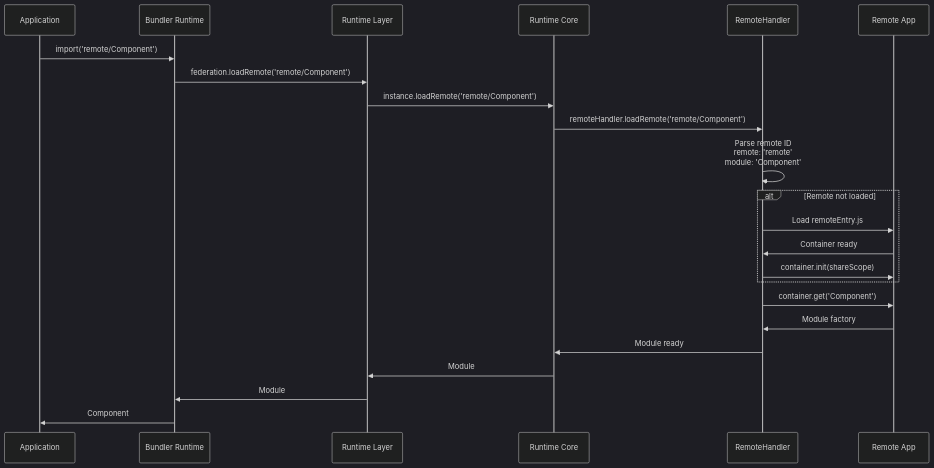
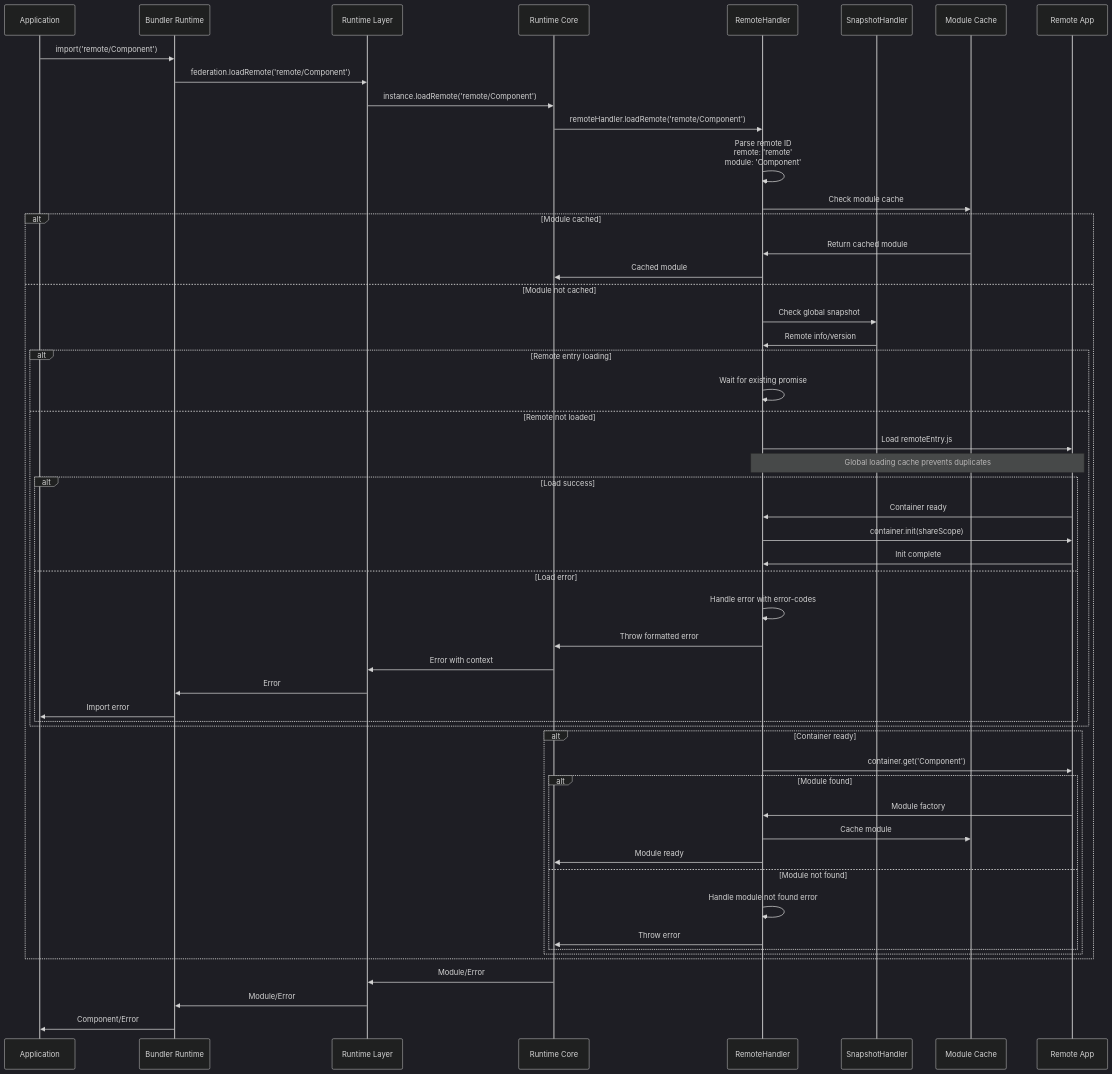
Before and after one commit to module-federation/core: the seventh of 9 diagrams in arch-doc/architecture-overview.md, drawn with Mermaid (dark theme). The commit also changed other lines of this file and 5 other files, not shown here.

First line of the commit message:
docs: fix all architectural documentation inaccuracies

````diff
--- a/arch-doc/architecture-overview.md
+++ b/arch-doc/architecture-overview.md
@@ -387,29 +453,65 @@
 ```mermaid
 sequenceDiagram
     participant App as Application
     participant BR as Bundler Runtime
     participant R as Runtime Layer
     participant RC as Runtime Core
     participant RH as RemoteHandler
+    participant SH as SnapshotHandler
+    participant Cache as Module Cache
     participant Remote as Remote App
     
     App->>BR: import('remote/Component')
     BR->>R: federation.loadRemote('remote/Component')
     R->>RC: instance.loadRemote('remote/Component')
     RC->>RH: remoteHandler.loadRemote('remote/Component')
     
     RH->>RH: Parse remote ID<br/>remote: 'remote'<br/>module: 'Component'
     
-    alt Remote not loaded
-        RH->>Remote: Load remoteEntry.js
-        Remote->>RH: Container ready
-        RH->>Remote: container.init(shareScope)
+    %% Check cache first
+    RH->>Cache: Check module cache
+    alt Module cached
+        Cache->>RH: Return cached module
+        RH->>RC: Cached module
+    else Module not cached
+        %% Check snapshot for optimization
+        RH->>SH: Check global snapshot
+        SH->>RH: Remote info/version
+        
+        %% Check if remote entry is loading
+        alt Remote entry loading
+            RH->>RH: Wait for existing promise
+        else Remote not loaded
+            RH->>Remote: Load remoteEntry.js
+            Note over RH,Remote: Global loading cache prevents duplicates
+            
+            alt Load success
+                Remote->>RH: Container ready
+                RH->>Remote: container.init(shareScope)
+                Remote->>RH: Init complete
+            else Load error
+                RH->>RH: Handle error with error-codes
+                RH->>RC: Throw formatted error
+                RC->>R: Error with context
+                R->>BR: Error
+                BR->>App: Import error
+            end
+        end
+        
+        alt Container ready
+            RH->>Remote: container.get('Component')
+            alt Module found
+                Remote->>RH: Module factory
+                RH->>Cache: Cache module
+                RH->>RC: Module ready
+            else Module not found
+                RH->>RH: Handle module not found error
+                RH->>RC: Throw error
+            end
+        end
     end
     
-    RH->>Remote: container.get('Component')
-    Remote->>RH: Module factory
-    RH->>RC: Module ready
-    RC->>R: Module
-    R->>BR: Module
-    BR->>App: Component
+    RC->>R: Module/Error
+    R->>BR: Module/Error
+    BR->>App: Component/Error
 ```
````
